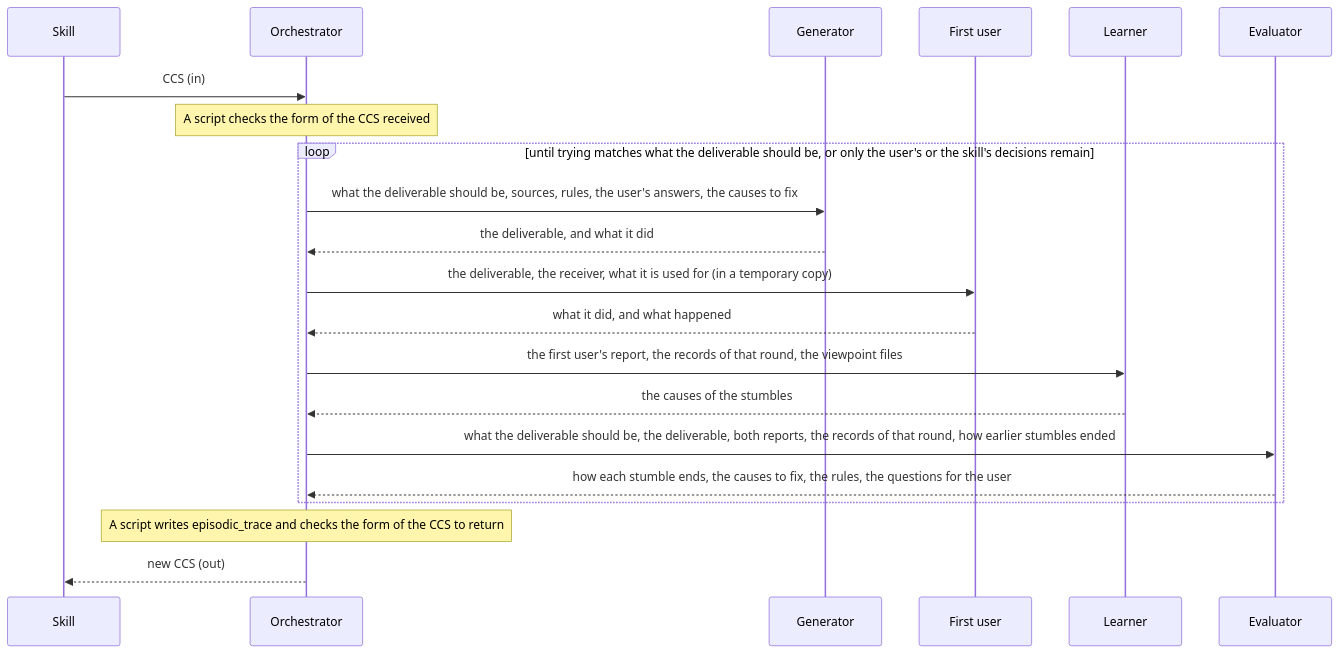
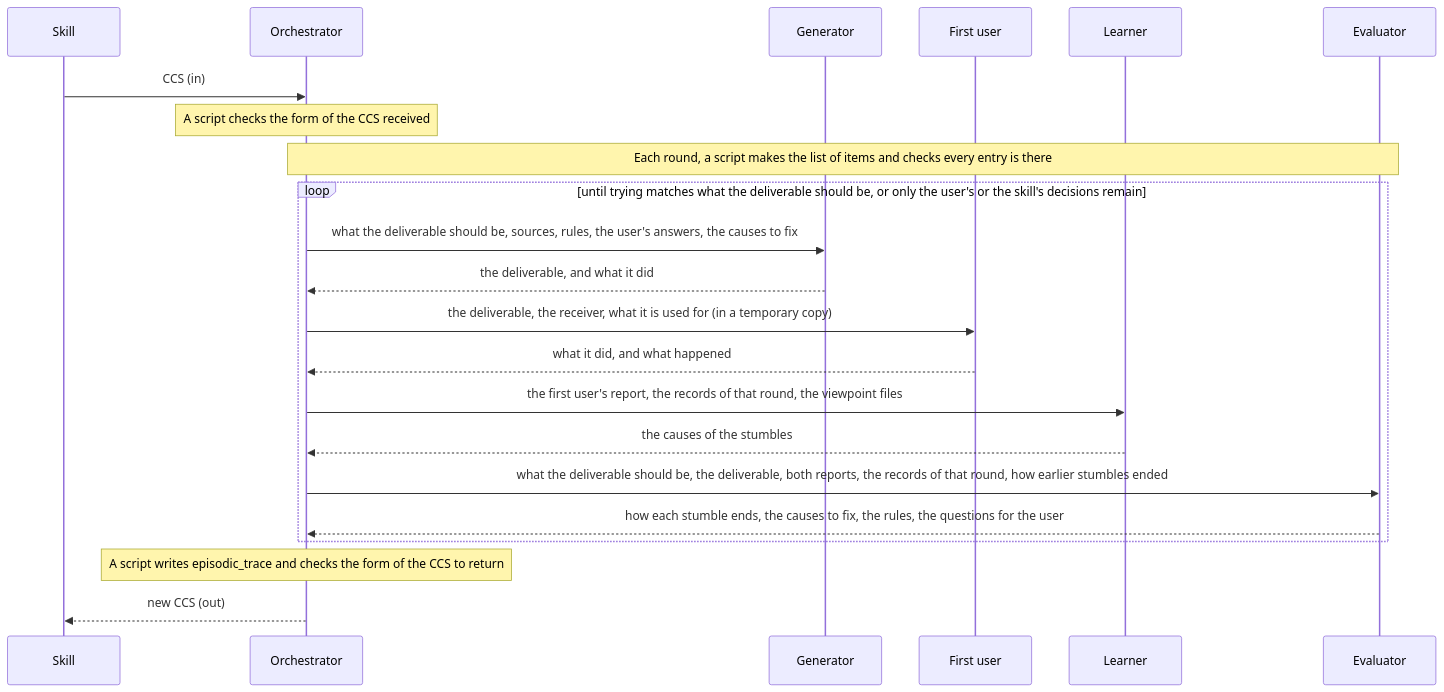
The diagram in dev/turn/design.md (lovaizu/ccpm), drawn with Mermaid before and after one commit. The commit also changed other lines of this file, not shown here.

First line of the commit message:
turn design: each role writes its entry for every item of the round's list, with its ground; a script checks none is blank

````diff
--- a/dev/turn/design.md
+++ b/dev/turn/design.md
@@ -39,23 +39,24 @@
 ```mermaid
 sequenceDiagram
   participant S as Skill
   participant O as Orchestrator
   participant G as Generator
   participant U as First user
   participant L as Learner
   participant E as Evaluator
   S->>O: CCS (in)
   Note over O: A script checks the form of the CCS received
+  Note over O,E: Each round, a script makes the list of items and checks every entry is there
   loop until trying matches what the deliverable should be, or only the user's or the skill's decisions remain
     O->>G: what the deliverable should be, sources, rules, the user's answers, the causes to fix
     G-->>O: the deliverable, and what it did
     O->>U: the deliverable, the receiver, what it is used for (in a temporary copy)
     U-->>O: what it did, and what happened
     O->>L: the first user's report, the records of that round, the viewpoint files
     L-->>O: the causes of the stumbles
     O->>E: what the deliverable should be, the deliverable, both reports, the records of that round, how earlier stumbles ended
     E-->>O: how each stumble ends, the causes to fix, the rules, the questions for the user
   end
   Note over O: A script writes episodic_trace and checks the form of the CCS to return
   O-->>S: new CCS (out)
 ```
````
